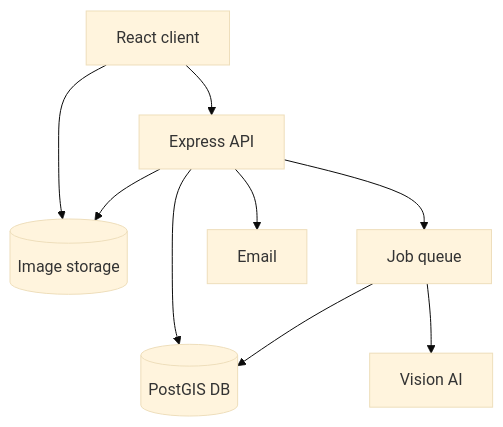
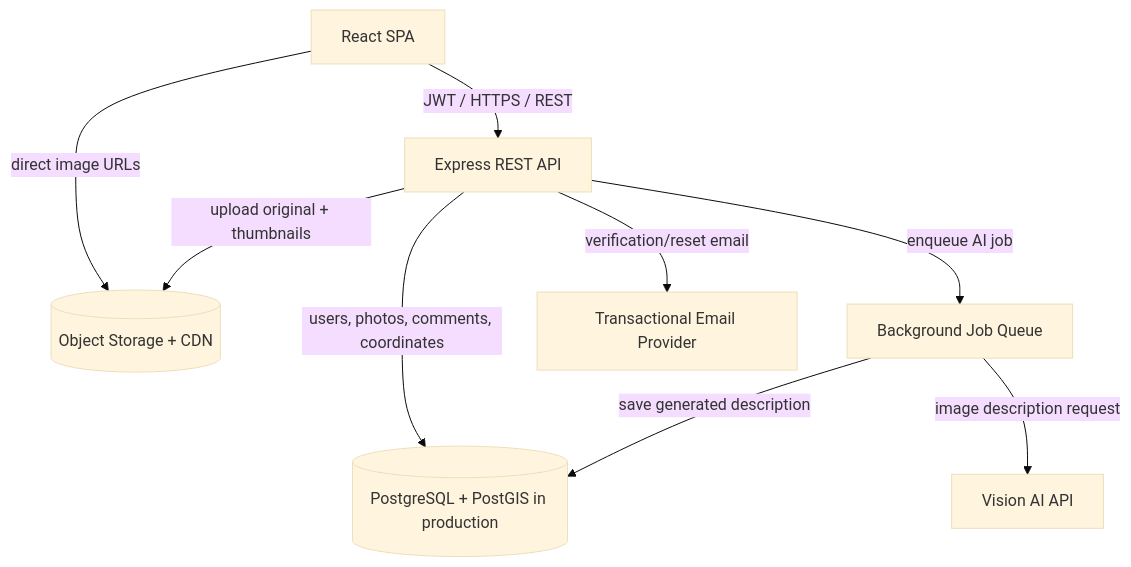
The diagram in STRATEGY.md (rares8283682/geophoto), drawn with Mermaid (base theme) before and after one commit.

Commit message:
Revise system architecture diagram in STRATEGY.md
Updated system architecture diagram to reflect changes in components and relationships.

````diff
--- a/STRATEGY.md
+++ b/STRATEGY.md
@@ -35,19 +35,19 @@
 ```mermaid
-flowchart TB
-  Client["React client"]
-  API["Express API"]
-  DB[("PostGIS DB")]
-  Store[("Image storage")]
-  Jobs["Job queue"]
-  AI["Vision AI"]
-  Mail["Email"]
+flowchart TD
+  Browser["React SPA"]
+  API["Express REST API"]
+  DB[("PostgreSQL + PostGIS in production")]
+  Storage[("Object Storage + CDN")]
+  Queue["Background Job Queue"]
+  AI["Vision AI API"]
+  Email["Transactional Email Provider"]
 
-  Client --> API
-  Client --> Store
-  API --> DB
-  API --> Store
-  API --> Jobs
-  API --> Mail
-  Jobs --> AI
-  Jobs --> DB
+  Browser -->|"JWT / HTTPS / REST"| API
+  Browser -->|"direct image URLs"| Storage
+  API -->|"users, photos, comments, coordinates"| DB
+  API -->|"upload original + thumbnails"| Storage
+  API -->|"enqueue AI job"| Queue
+  Queue -->|"image description request"| AI
+  Queue -->|"save generated description"| DB
+  API -->|"verification/reset email"| Email
 ```
````
